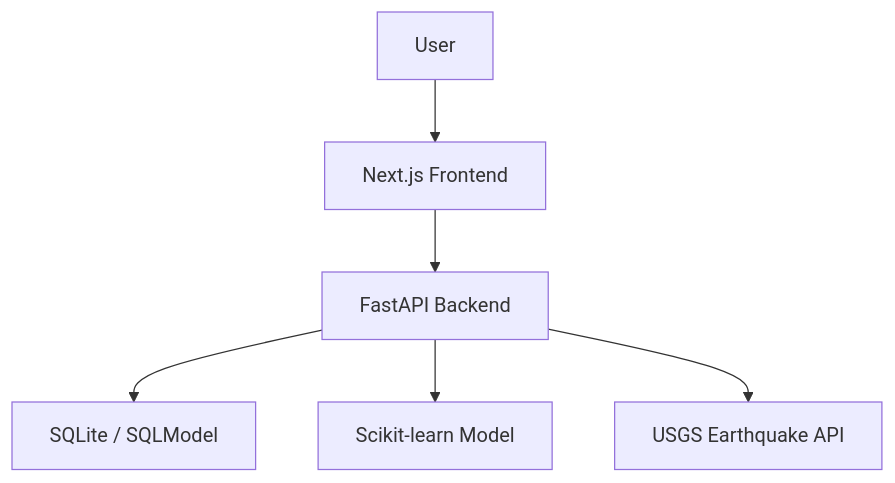
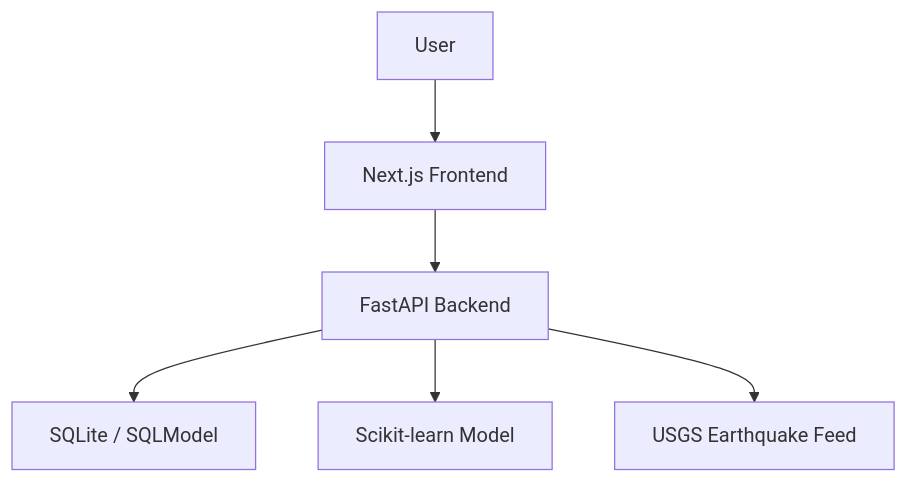
One commit to Mohie-Aldin-Sinan/DisasterAware changed the diagram in README.md. Above: the diagram before and after it, drawn with Mermaid. The commit also changed other lines of this file, not shown here.

````diff
--- a/README.md
+++ b/README.md
@@ -64,8 +37,8 @@
 ```mermaid
 graph TD
     U["User"] --> FE["Next.js Frontend"]
     FE --> BE["FastAPI Backend"]
     BE --> DB["SQLite / SQLModel"]
     BE --> ML["Scikit-learn Model"]
-    BE --> USGS["USGS Earthquake API"]
+    BE --> USGS["USGS Earthquake Feed"]
 ```
````
